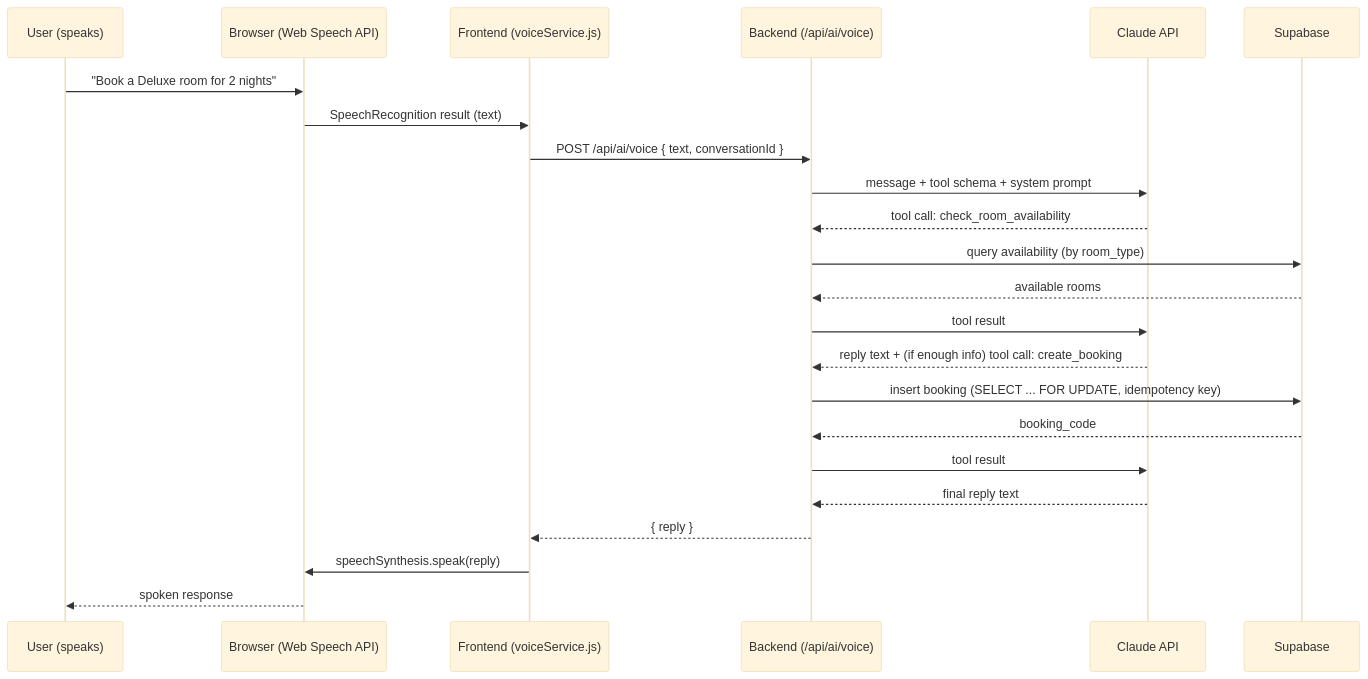
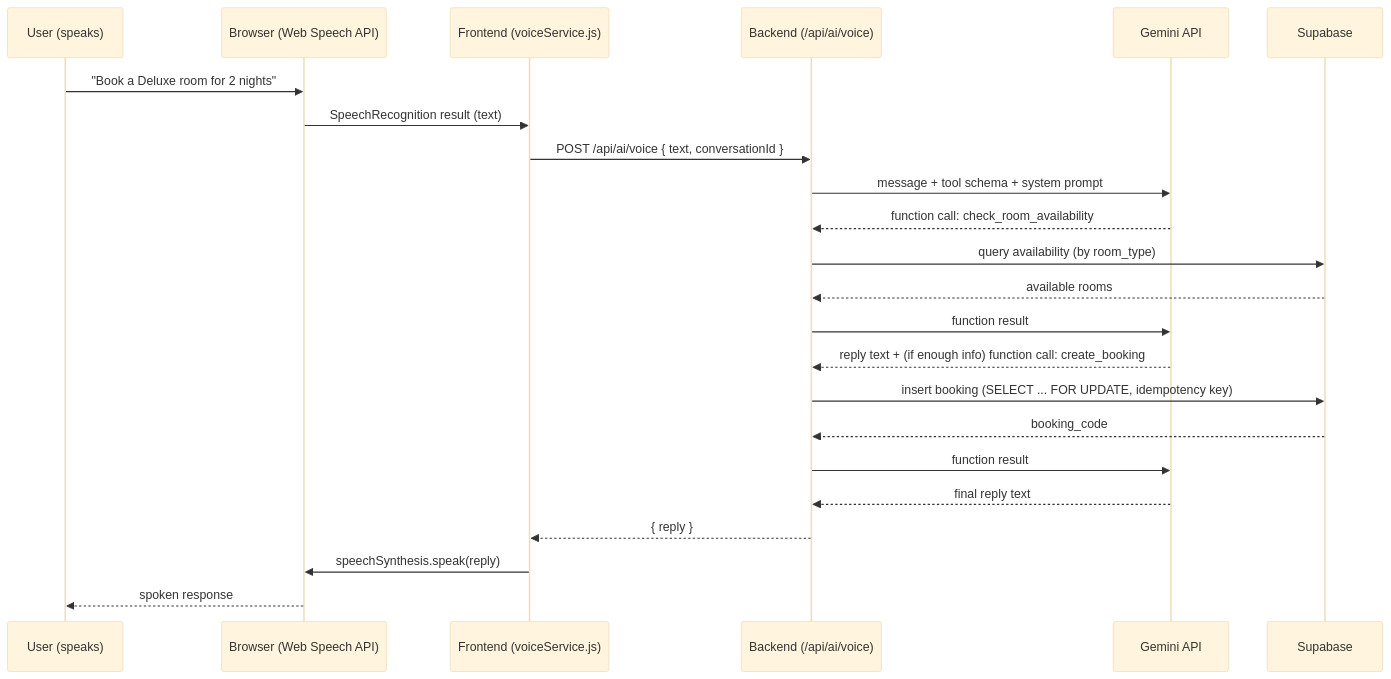
One commit to promminkiw/hotel-liff-booking changed the second of 2 diagrams in README.md. Above: the diagram before and after it, drawn with Mermaid (base theme). The commit also changed other lines of this file and 14 other files, not shown here.

````diff
--- a/README.md
+++ b/README.md
@@ -74,26 +82,26 @@
 ```mermaid
 sequenceDiagram
     participant U as User (speaks)
     participant B as Browser (Web Speech API)
     participant F as Frontend (voiceService.js)
     participant S as Backend (/api/ai/voice)
-    participant C as Claude API
+    participant C as Gemini API
     participant D as Supabase
 
     U->>B: "Book a Deluxe room for 2 nights"
     B->>F: SpeechRecognition result (text)
     F->>S: POST /api/ai/voice { text, conversationId }
     S->>C: message + tool schema + system prompt
-    C-->>S: tool call: check_room_availability
+    C-->>S: function call: check_room_availability
     S->>D: query availability (by room_type)
     D-->>S: available rooms
-    S->>C: tool result
-    C-->>S: reply text + (if enough info) tool call: create_booking
+    S->>C: function result
+    C-->>S: reply text + (if enough info) function call: create_booking
     S->>D: insert booking (SELECT ... FOR UPDATE, idempotency key)
     D-->>S: booking_code
-    S->>C: tool result
+    S->>C: function result
     C-->>S: final reply text
     S-->>F: { reply }
     F->>B: speechSynthesis.speak(reply)
     B-->>U: spoken response
 ```
````
